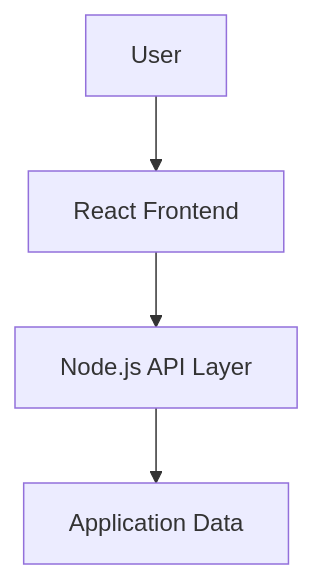
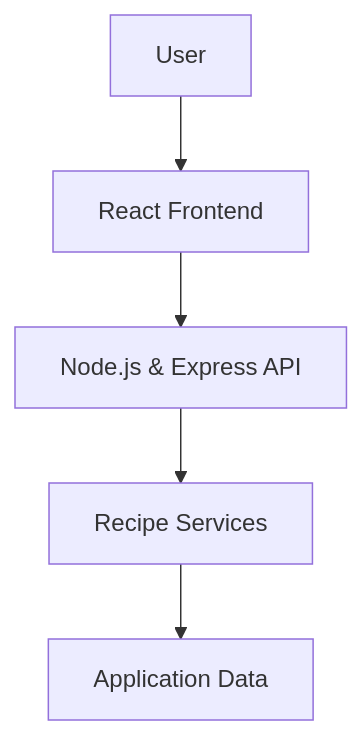
Before and after one commit to bymalathi/flavorforge-azure-devsecops-capstone: the seventh of 29 diagrams in README.md, drawn with Mermaid. The commit also changed other lines of this file, not shown here.

````diff
--- a/README.md
+++ b/README.md
@@ -393,11 +372,13 @@
 ```mermaid
 flowchart TD
     A[User]
     B[React Frontend]
-    C[Node.js API Layer]
-    D[Application Data]
+    C[Node.js & Express API]
+    D[Recipe Services]
+    E[Application Data]
 
     A --> B
     B --> C
     C --> D
+    D --> E
 ```
````
